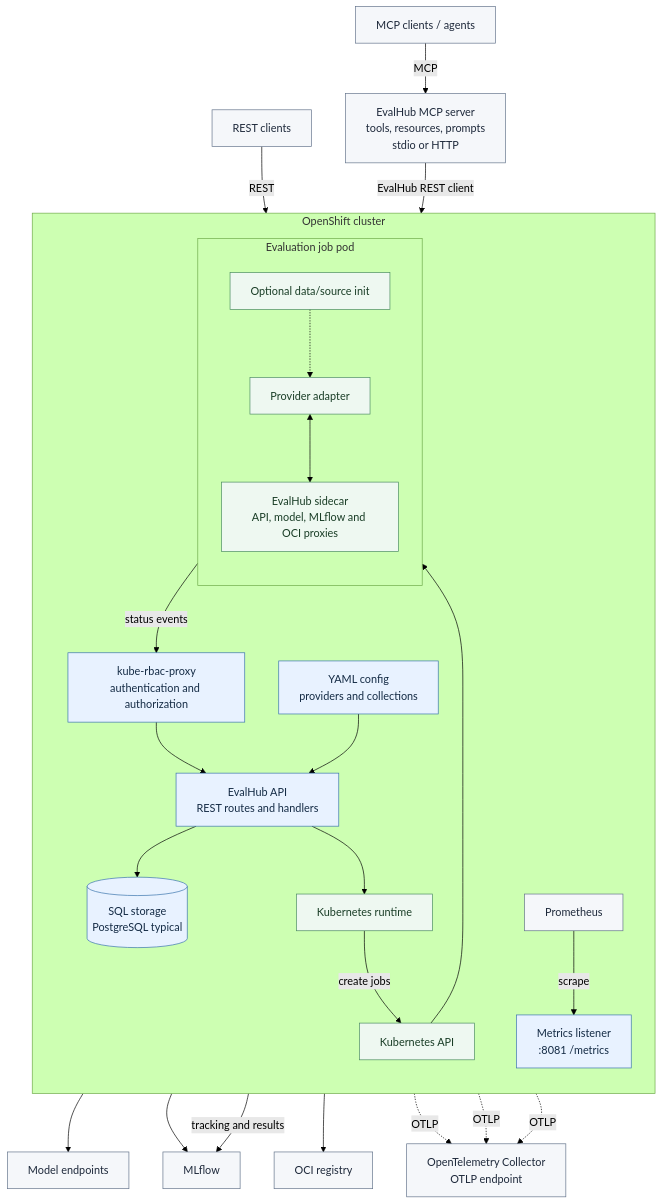
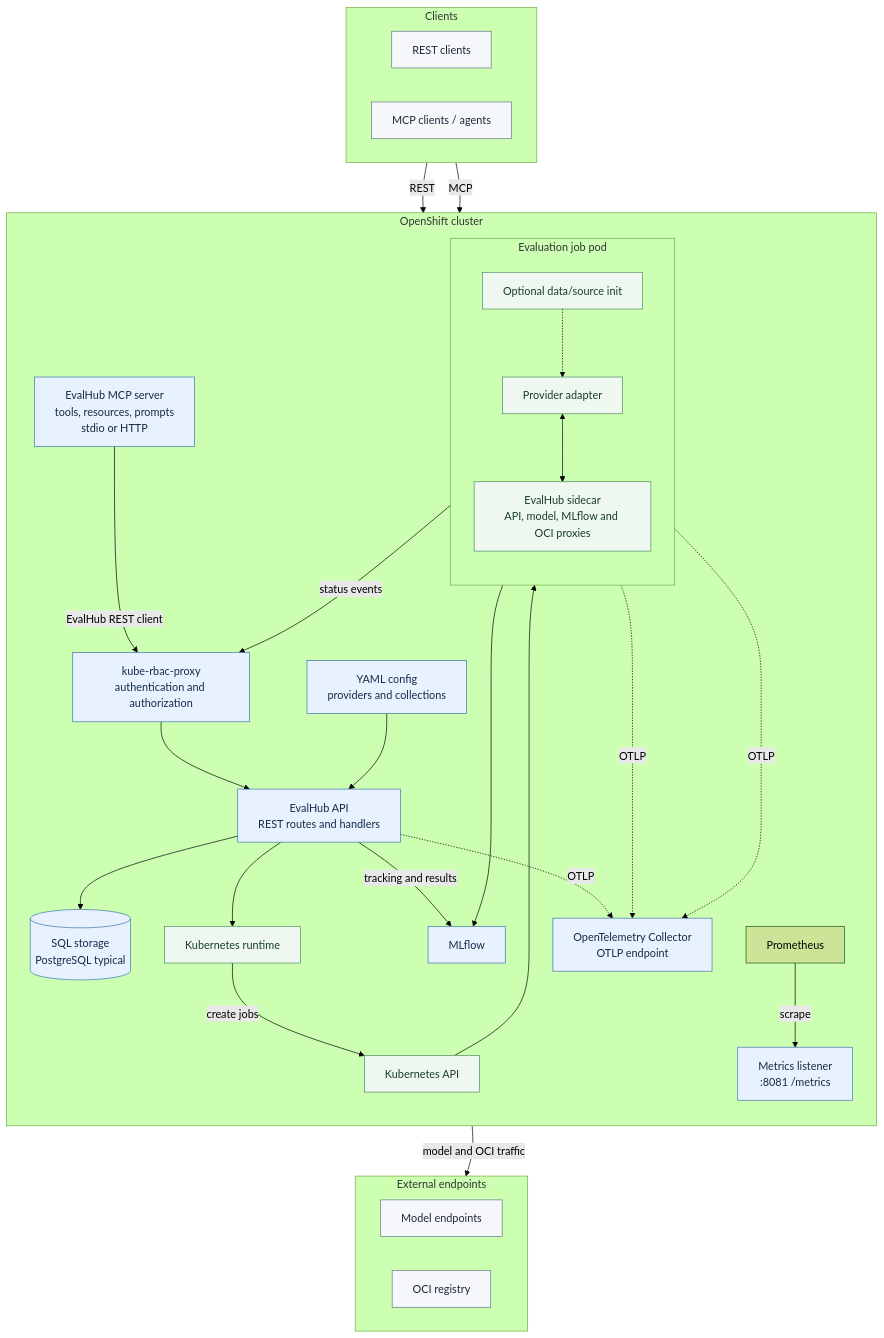
Before and after one commit to eval-hub/eval-hub: the first of 2 diagrams in README.md, drawn with Mermaid (forest theme). The commit also changed other lines of this file and 2 other files, not shown here.

Commit message:
docs: improve architecture diagrams
Install Mermaid CLI for local rendering and update the OpenShift diagram layout.

````diff
--- a/README.md
+++ b/README.md
@@ -21,56 +21,65 @@
 ```mermaid
 flowchart TB
-    rest[REST clients]
-    agents[MCP clients / agents]
-    mcp[EvalHub MCP server<br/>tools, resources, prompts<br/>stdio or HTTP]
-    model[Model endpoints]
-    mlflow[MLflow]
-    registry[OCI registry]
-    otelCollector[OpenTelemetry Collector<br/>OTLP endpoint]
+    subgraph clients[Clients]
+        direction LR
+        rest[REST clients]
+        agents[MCP clients / agents]
+    end
 
     subgraph openshift[OpenShift cluster]
         direction TB
         proxy[kube-rbac-proxy<br/>authentication and authorization]
         api[EvalHub API<br/>REST routes and handlers]
+        mcp[EvalHub MCP server<br/>tools, resources, prompts<br/>stdio or HTTP]
+        mlflow[MLflow]
+        otelCollector[OpenTelemetry Collector<br/>OTLP endpoint]
         database[(SQL storage<br/>PostgreSQL typical)]
         config[YAML config<br/>providers and collections]
         metrics[Metrics listener<br/>:8081 /metrics]
         prometheus[Prometheus]
         runtime[Kubernetes runtime]
         kubeapi[Kubernetes API]
         subgraph job[Evaluation job pod]
             direction TB
             init[Optional data/source init]
             adapter[Provider adapter]
             sidecar[EvalHub sidecar<br/>API, model, MLflow and OCI proxies]
             init -.-> adapter
             adapter <--> sidecar
         end
     end
 
+    subgraph externalEndpoints[External endpoints]
+        direction LR
+        model[Model endpoints]
+        registry[OCI registry]
+    end
+
+    %% Keep the external endpoints group after the cluster in the top-down layout.
+    openshift ~~~ externalEndpoints
+
     rest -->|REST| proxy
     proxy --> api
     agents -->|MCP| mcp
     mcp -->|EvalHub REST client| proxy
     api --> database
     config --> api
     api --> runtime
     runtime -->|create jobs| kubeapi
     kubeapi --> job
     sidecar -->|status events| proxy
-    sidecar --> model
+    sidecar -->|model and OCI traffic| externalEndpoints
     sidecar --> mlflow
-    sidecar --> registry
     api -->|tracking and results| mlflow
     prometheus -->|scrape| metrics
     api -. OTLP .-> otelCollector
     adapter -. OTLP .-> otelCollector
     sidecar -. OTLP .-> otelCollector
 
     classDef external fill:#f5f7fa,stroke:#64748b,color:#1e293b
     classDef service fill:#e8f2ff,stroke:#3973ac,color:#142b45
     classDef runtimeNode fill:#eef8f1,stroke:#4b8b62,color:#193d26
-    class rest,agents,mcp,prometheus,model,mlflow,registry,otelCollector external
-    class proxy,api,database,config,metrics service
+    class rest,agents,model,registry external
+    class proxy,api,mcp,mlflow,otelCollector,database,config,metrics service
     class runtime,kubeapi,init,adapter,sidecar runtimeNode
 ```
````
